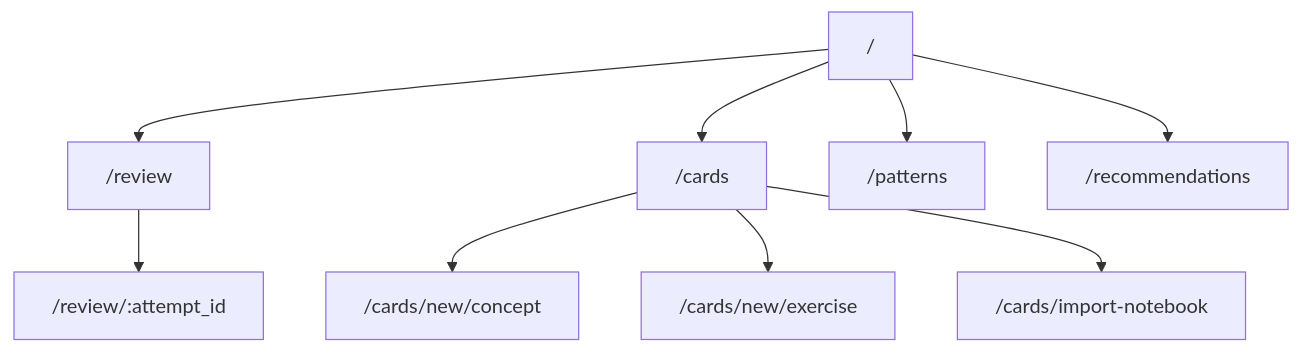
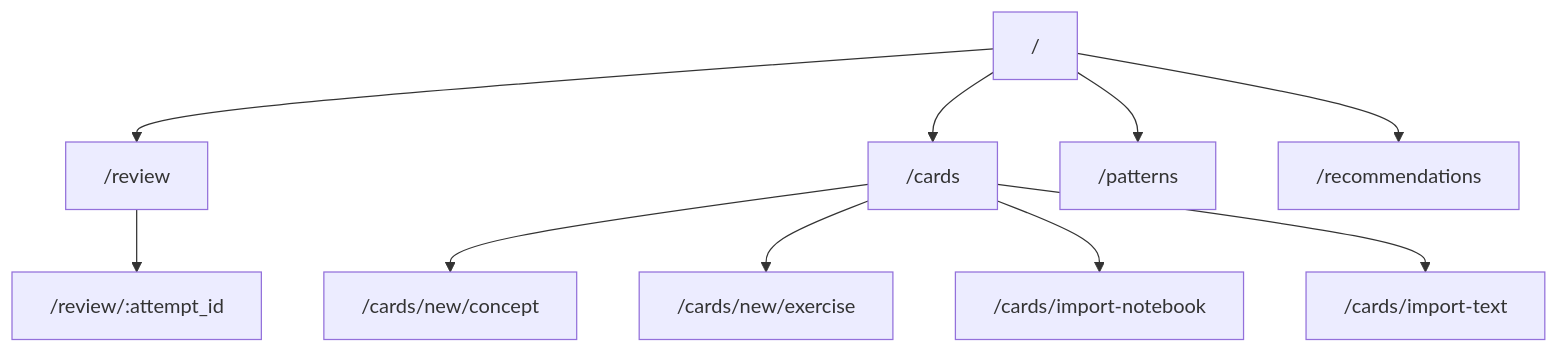
Before and after one commit to hangjianli/BarskyProtocol: the diagram in docs/design/architecture.md, drawn with Mermaid. The commit also changed other lines of this file and 8 other files, not shown here.

````diff
--- a/docs/design/architecture.md
+++ b/docs/design/architecture.md
@@ -46,11 +49,12 @@
 ```mermaid
 flowchart TD
     A["/"] --> B["/review"]
     A --> C["/cards"]
     A --> D["/patterns"]
     A --> E["/recommendations"]
     C --> F["/cards/new/concept"]
     C --> G["/cards/new/exercise"]
     C --> H["/cards/import-notebook"]
+    C --> J["/cards/import-text"]
     B --> I["/review/:attempt_id"]
 ```
````
